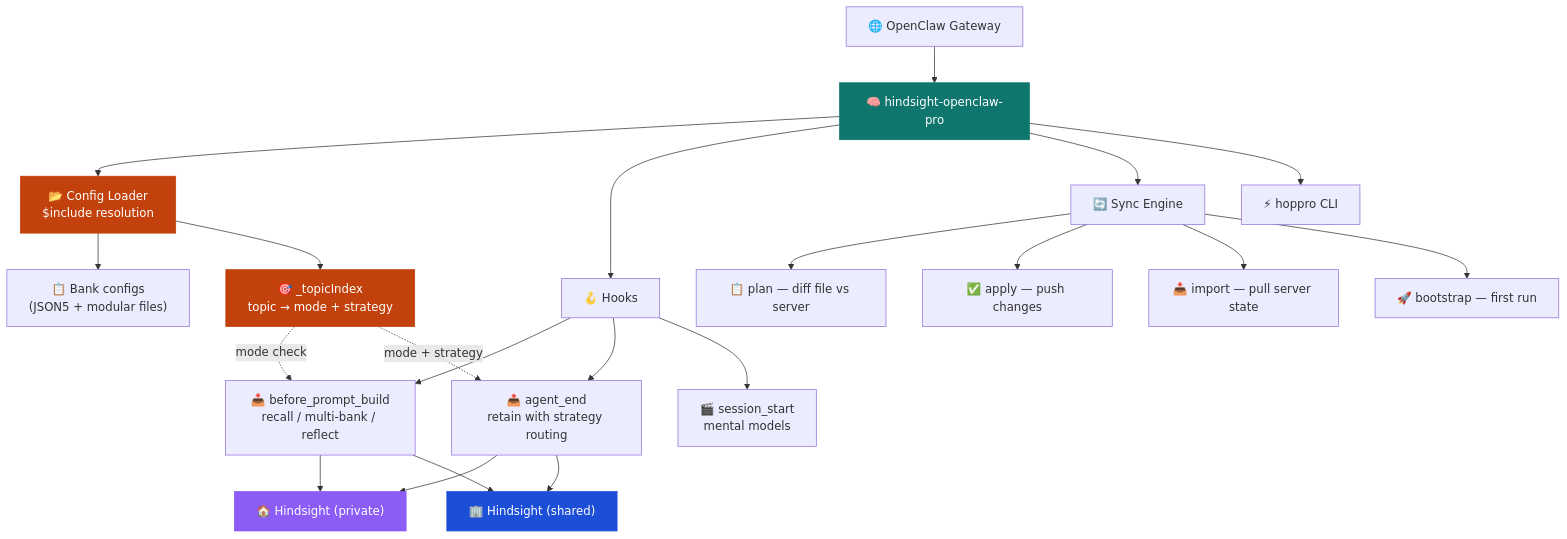
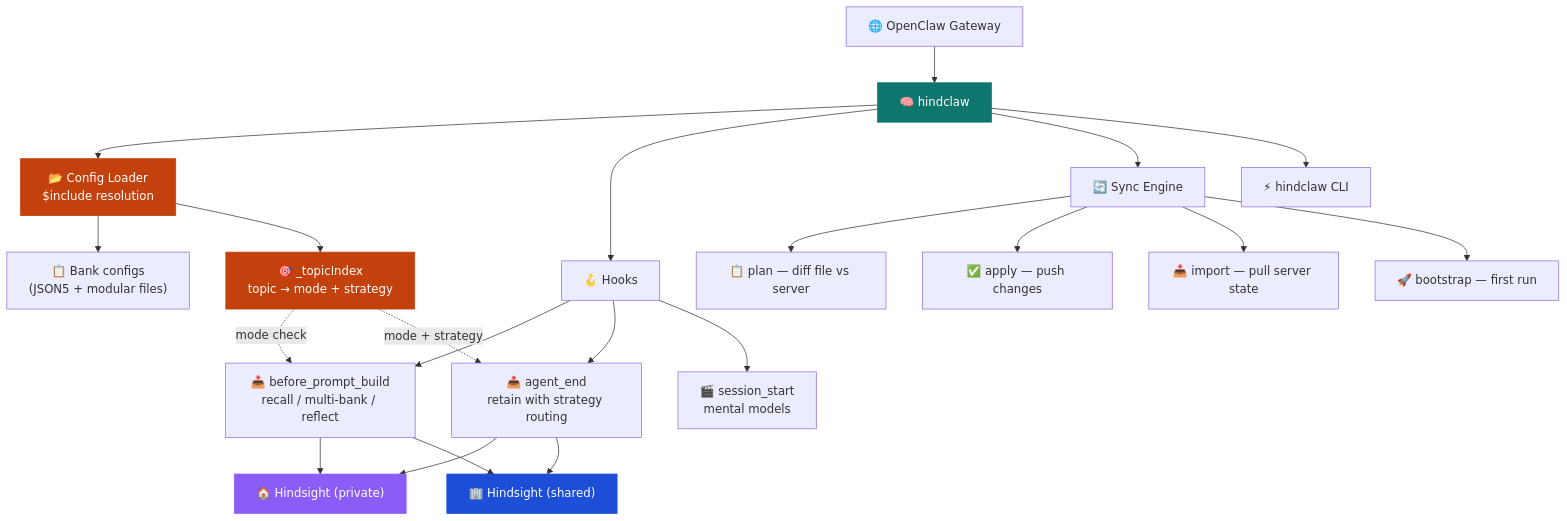
The first of 3 diagrams in README.md (mrkhachaturov/hindclaw), drawn with Mermaid before and after one commit. The commit also changed other lines of this file and 14 other files, not shown here.

````diff
--- a/README.md
+++ b/README.md
@@ -43,35 +43,35 @@
 ```mermaid
 graph TD
-    GW["🌐 OpenClaw Gateway"] --> PLUGIN["🧠 hindsight-openclaw-pro"]
+    GW["🌐 OpenClaw Gateway"] --> PLUGIN["🧠 hindclaw"]
 
     PLUGIN --> CONFIG["📂 Config Loader<br/>$include resolution"]
     PLUGIN --> HOOKS["🪝 Hooks"]
     PLUGIN --> SYNC["🔄 Sync Engine"]
-    PLUGIN --> CLI["⚡ hoppro CLI"]
+    PLUGIN --> CLI["⚡ hindclaw CLI"]
 
     CONFIG --> BANKS["📋 Bank configs<br/>(JSON5 + modular files)"]
     CONFIG --> INDEX["🎯 _topicIndex<br/>topic → mode + strategy"]
 
     HOOKS --> RECALL["📥 before_prompt_build<br/>recall / multi-bank / reflect"]
     HOOKS --> RETAIN["📤 agent_end<br/>retain with strategy routing"]
     HOOKS --> SESSION["🎬 session_start<br/>mental models"]
 
     INDEX -.->|mode check| RECALL
     INDEX -.->|mode + strategy| RETAIN
 
     SYNC --> PLAN["📋 plan — diff file vs server"]
     SYNC --> APPLY["✅ apply — push changes"]
     SYNC --> IMPORT["📥 import — pull server state"]
     SYNC --> BOOTSTRAP["🚀 bootstrap — first run"]
 
     RECALL --> HS_HOME["🏠 Hindsight (private)"]
     RECALL --> HS_OFFICE["🏢 Hindsight (shared)"]
     RETAIN --> HS_HOME
     RETAIN --> HS_OFFICE
 
     style PLUGIN fill:#0f766e,color:#fff,stroke:#0f766e
     style CONFIG fill:#c2410c,color:#fff,stroke:#c2410c
     style INDEX fill:#c2410c,color:#fff,stroke:#c2410c
     style HS_HOME fill:#8b5cf6,color:#fff,stroke:#8b5cf6
     style HS_OFFICE fill:#1d4ed8,color:#fff,stroke:#1d4ed8
 ```
````
